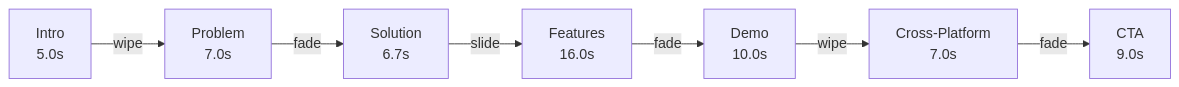
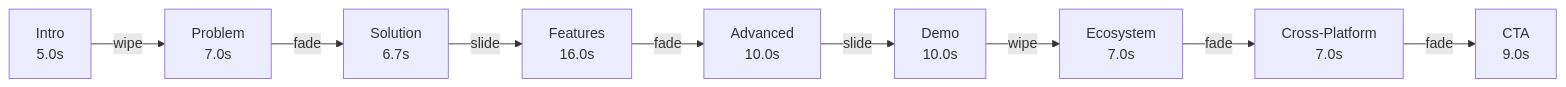
One commit to ChanMeng666/claude-code-audio-hooks-promo-video changed the first of 4 diagrams in README.md. Above: the diagram before and after it, drawn with Mermaid. The commit also changed other lines of this file, not shown here.

````diff
--- a/README.md
+++ b/README.md
@@ -28,9 +34,11 @@
 ```mermaid
 graph LR
     A[Intro<br/>5.0s] -->|wipe| B[Problem<br/>7.0s]
     B -->|fade| C[Solution<br/>6.7s]
     C -->|slide| D[Features<br/>16.0s]
-    D -->|fade| E[Demo<br/>10.0s]
-    E -->|wipe| F[Cross-Platform<br/>7.0s]
-    F -->|fade| G[CTA<br/>9.0s]
+    D -->|fade| E[Advanced<br/>10.0s]
+    E -->|slide| F[Demo<br/>10.0s]
+    F -->|wipe| G[Ecosystem<br/>7.0s]
+    G -->|fade| H[Cross-Platform<br/>7.0s]
+    H -->|fade| I[CTA<br/>9.0s]
 ```
````
